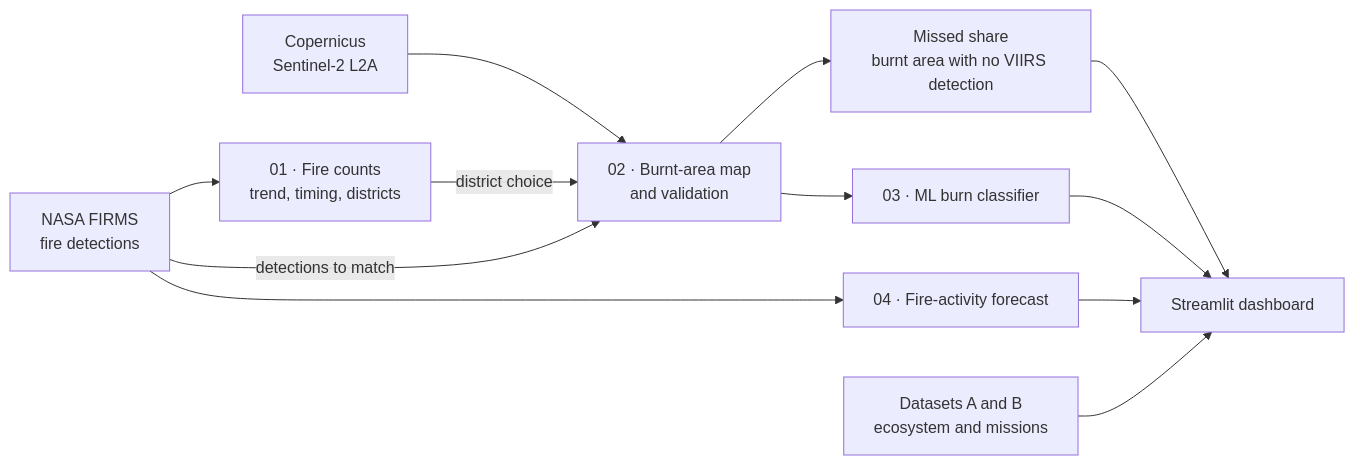
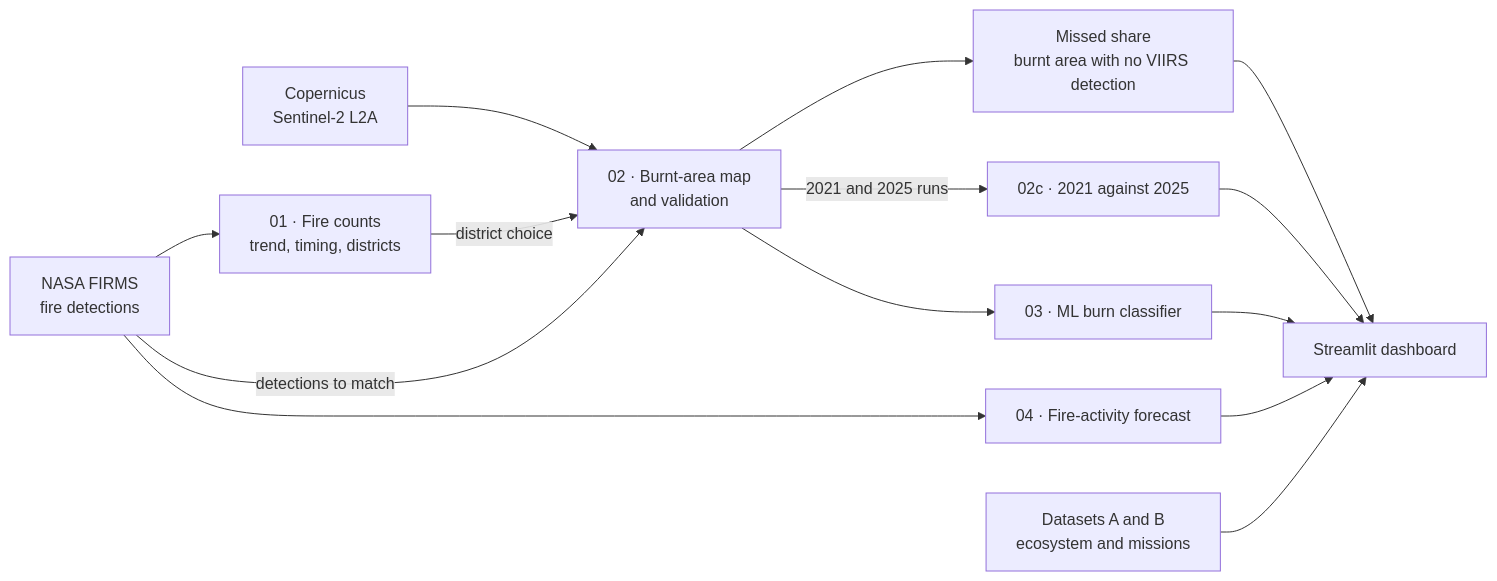
The diagram in README.md (Panther2010/India-Space-Mission-Intelligence), drawn with Mermaid before and after one commit. The commit also changed other lines of this file and 10 other files, not shown here.

````diff
--- a/README.md
+++ b/README.md
@@ -34,14 +34,16 @@
 ```mermaid
 flowchart LR
     firms["NASA FIRMS<br/>fire detections"] --> nb1["01 · Fire counts<br/>trend, timing, districts"]
     s2["Copernicus<br/>Sentinel-2 L2A"] --> nb2["02 · Burnt-area map<br/>and validation"]
     nb1 -- "district choice" --> nb2
     firms -- "detections to match" --> nb2
     nb2 --> missed["Missed share<br/>burnt area with no VIIRS detection"]
     nb2 --> nb3["03 · ML burn classifier"]
+    nb2 -- "2021 and 2025 runs" --> nb2c["02c · 2021 against 2025"]
     firms --> nb4["04 · Fire-activity forecast"]
     missed --> dash["Streamlit dashboard"]
+    nb2c --> dash
     nb3 --> dash
     nb4 --> dash
     research["Datasets A and B<br/>ecosystem and missions"] --> dash
 ```
````
